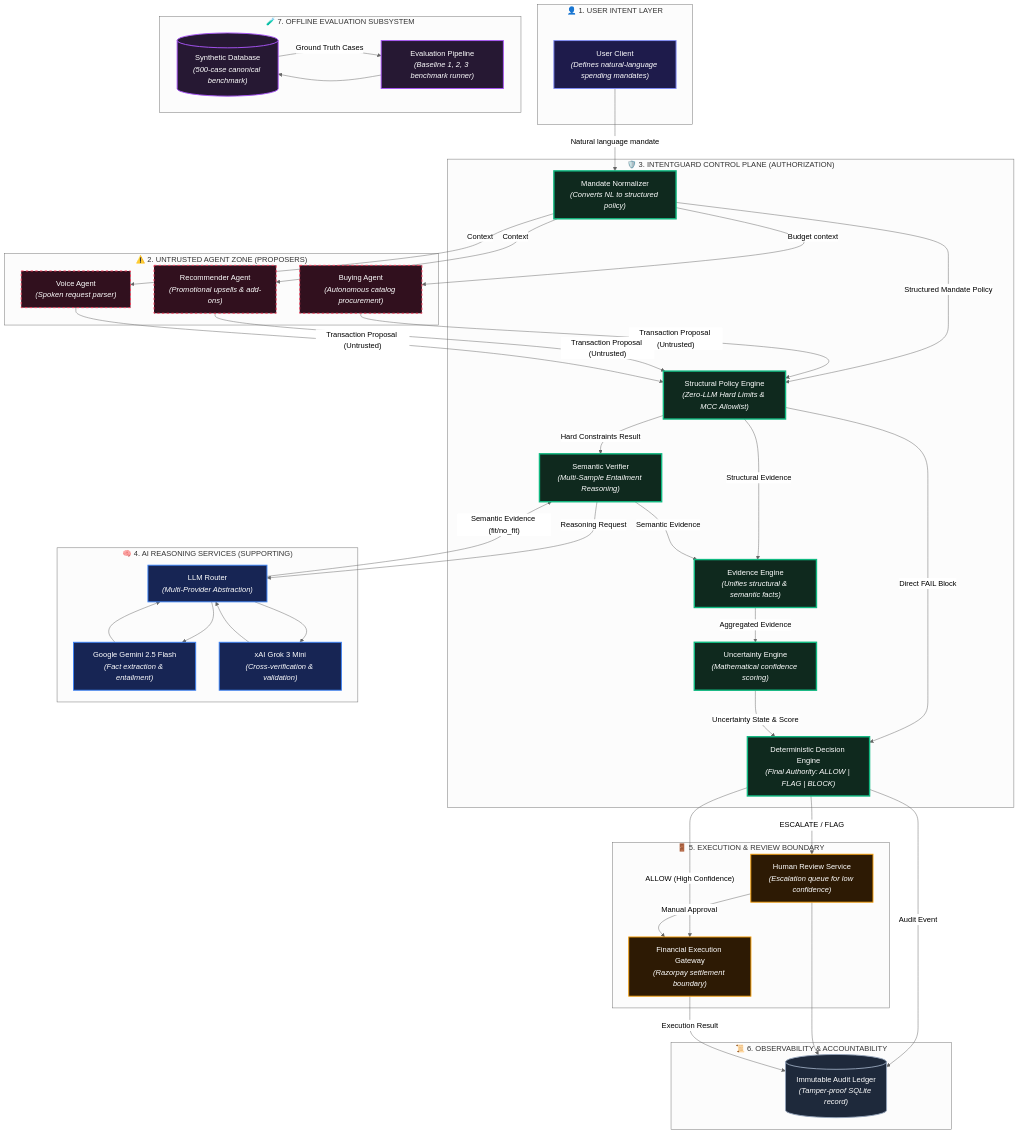
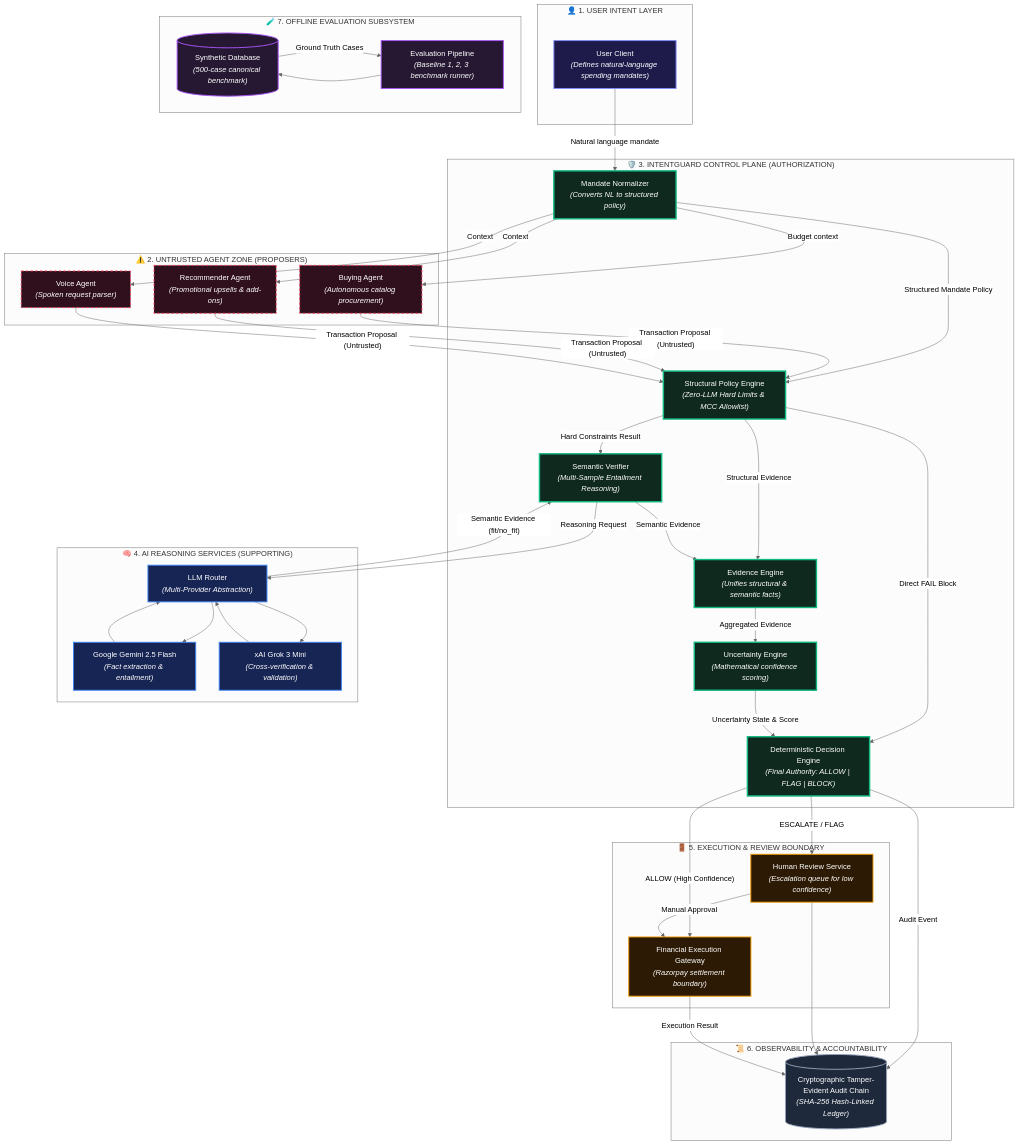
The diagram in README.md (bhuvanvokkaliga29/IntentGuard), drawn with Mermaid (neutral theme) before and after one commit. The commit also changed other lines of this file and 35 other files, not shown here.

Commit message:
feat: complete Phase-2 hardening, critical authorization invariants, audit chain, and documentation freeze

```diff
--- a/README.md
+++ b/README.md
@@ -181,7 +184,7 @@
 
     %% ── OBSERVABILITY & AUDITABILITY ──
     subgraph OBSERVABILITY ["📜 6. OBSERVABILITY & ACCOUNTABILITY"]
-        AuditLedger[("Immutable Audit Ledger<br/><i>(Tamper-proof SQLite record)</i>")]:::obsZone
+        AuditLedger[("Cryptographic Tamper-Evident Audit Chain<br/><i>(SHA-256 Hash-Linked Ledger)</i>")]:::obsZone
     end
 
     %% ── OFFLINE BENCHMARK SUBSYSTEM ──
```
